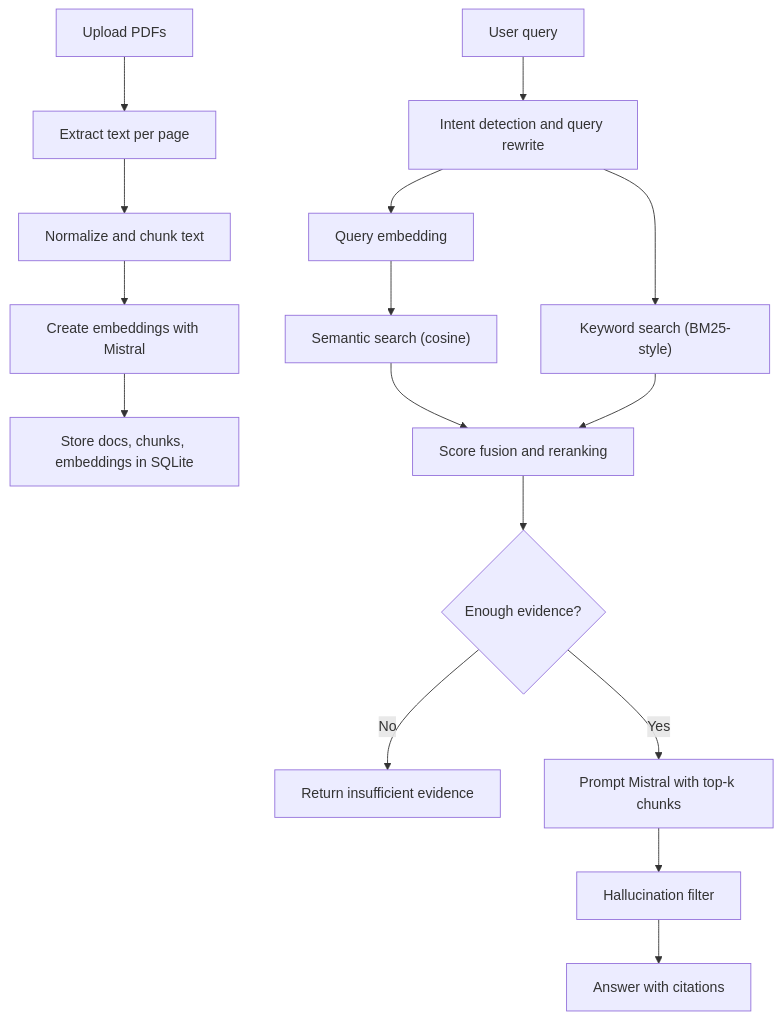
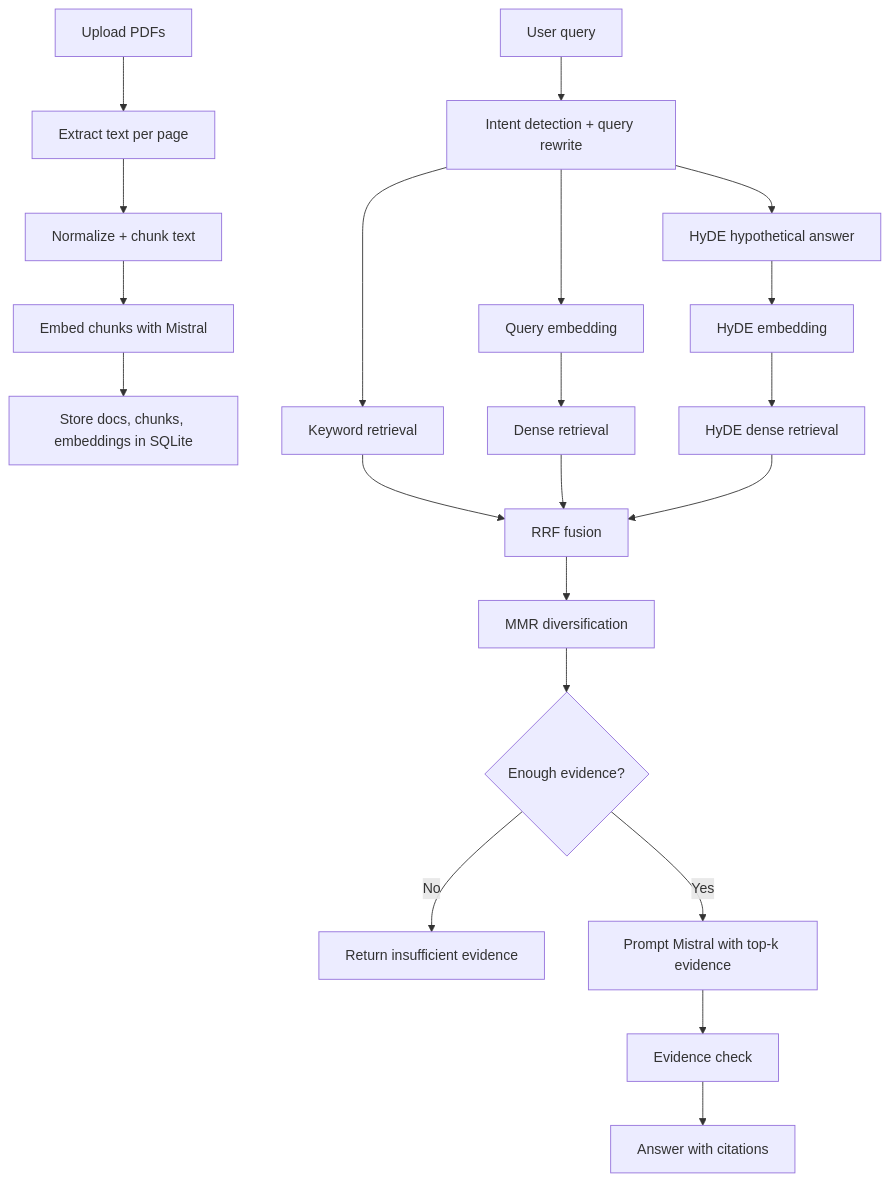
The diagram in README.md (hanna0601/fp-rag), drawn with Mermaid before and after one commit. The commit also changed other lines of this file and 12 other files, not shown here.

````diff
--- a/README.md
+++ b/README.md
@@ -24,18 +24,23 @@
 ```mermaid
 flowchart TD
     A["Upload PDFs"] --> B["Extract text per page"]
-    B --> C["Normalize and chunk text"]
-    C --> D["Create embeddings with Mistral"]
+    B --> C["Normalize + chunk text"]
+    C --> D["Embed chunks with Mistral"]
     D --> E["Store docs, chunks, embeddings in SQLite"]
-    F["User query"] --> G["Intent detection and query rewrite"]
+    F["User query"] --> G["Intent detection + query rewrite"]
     G --> H["Query embedding"]
-    H --> I["Semantic search (cosine)"]
-    G --> J["Keyword search (BM25-style)"]
-    I --> K["Score fusion and reranking"]
-    J --> K
-    K --> L{"Enough evidence?"}
-    L -- "No" --> M["Return insufficient evidence"]
-    L -- "Yes" --> N["Prompt Mistral with top-k chunks"]
-    N --> O["Hallucination filter"]
-    O --> P["Answer with citations"]
+    G --> I["Keyword retrieval"]
+    G --> J["HyDE hypothetical answer"]
+    J --> K["HyDE embedding"]
+    H --> L["Dense retrieval"]
+    K --> M["HyDE dense retrieval"]
+    I --> N["RRF fusion"]
+    L --> N
+    M --> N
+    N --> O["MMR diversification"]
+    O --> P{"Enough evidence?"}
+    P -- "No" --> Q["Return insufficient evidence"]
+    P -- "Yes" --> R["Prompt Mistral with top-k evidence"]
+    R --> S["Evidence check"]
+    S --> T["Answer with citations"]
 ```
````
